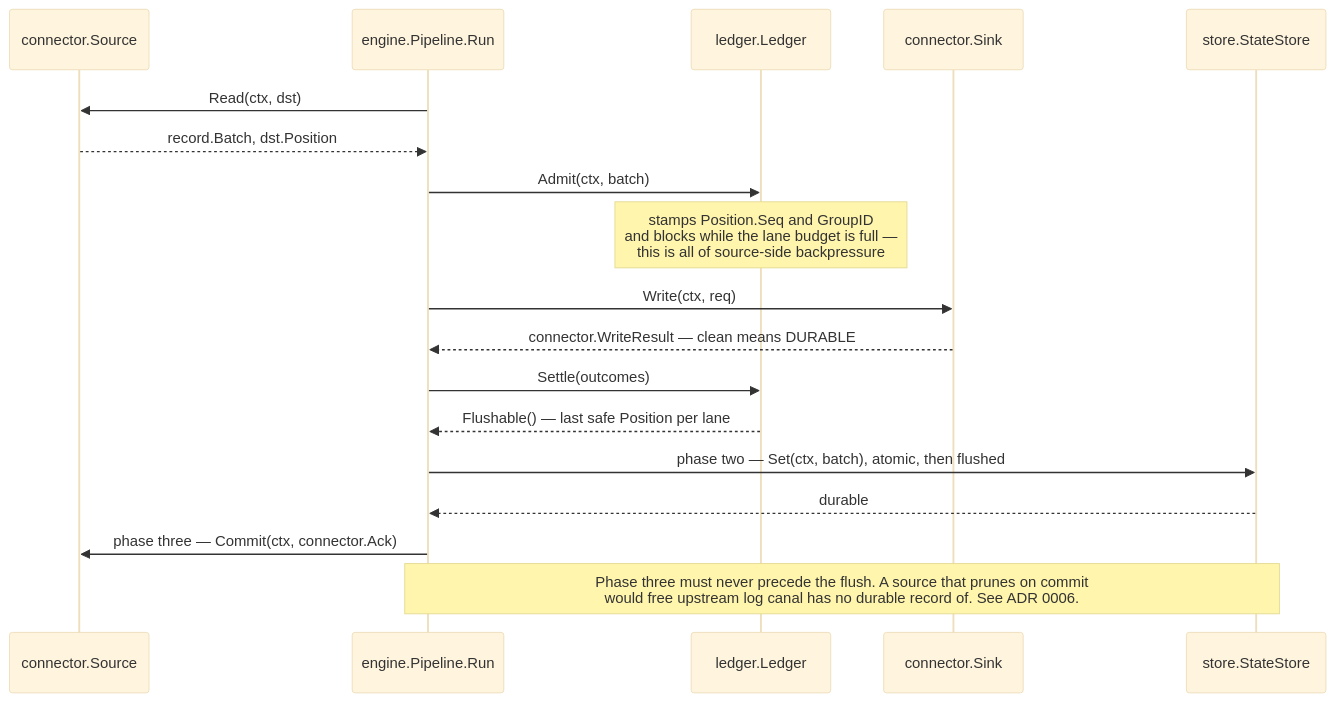
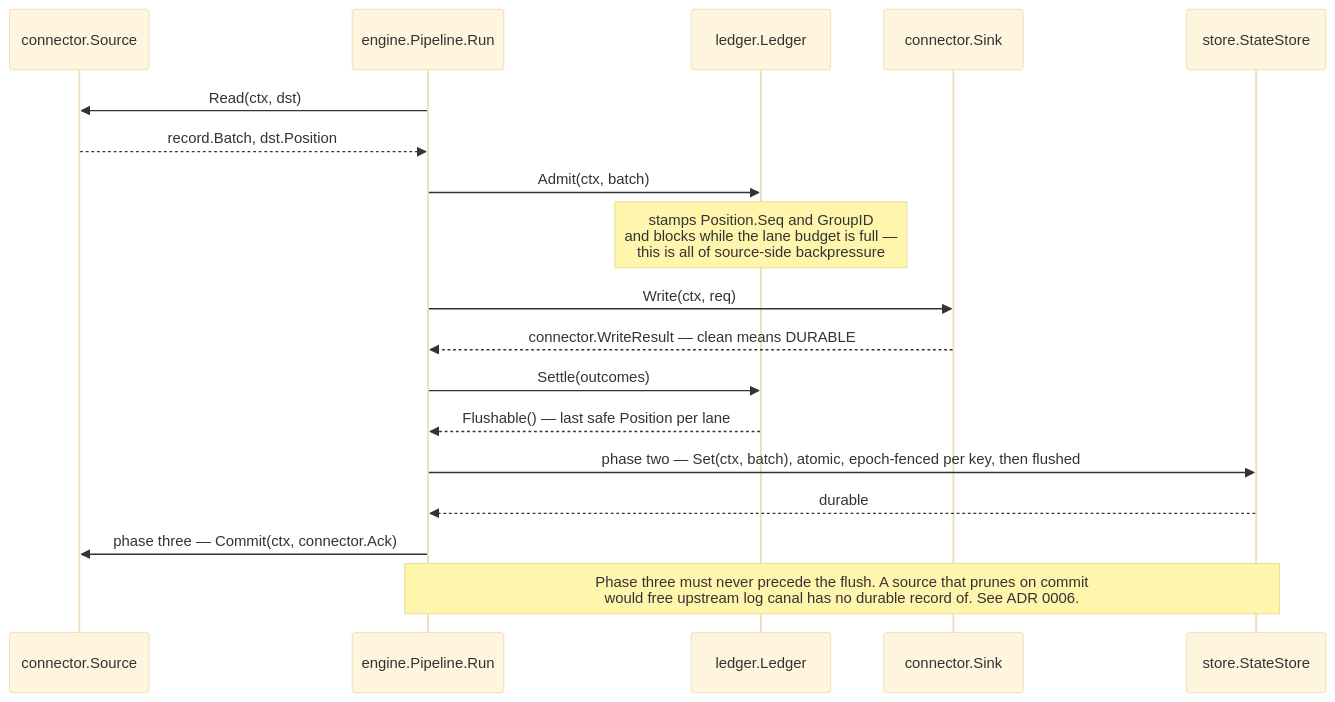
One commit to BernardoCSACarreira/canal changed the second of 3 diagrams in README.md. Above: the diagram before and after it, drawn with Mermaid (base theme). The commit also changed other lines of this file and 1 other file, not shown here.

````diff
--- a/README.md
+++ b/README.md
@@ -135,21 +140,21 @@
 ```mermaid
 sequenceDiagram
     participant Src as connector.Source
     participant Eng as engine.Pipeline.Run
     participant Led as ledger.Ledger
     participant Snk as connector.Sink
     participant St as store.StateStore
 
     Eng->>Src: Read(ctx, dst)
     Src-->>Eng: record.Batch, dst.Position
     Eng->>Led: Admit(ctx, batch)
     Note over Led: stamps Position.Seq and GroupID<br/>and blocks while the lane budget is full —<br/>this is all of source-side backpressure
     Eng->>Snk: Write(ctx, req)
     Snk-->>Eng: connector.WriteResult — clean means DURABLE
     Eng->>Led: Settle(outcomes)
     Led-->>Eng: Flushable() — last safe Position per lane
-    Eng->>St: phase two — Set(ctx, batch), atomic, then flushed
+    Eng->>St: phase two — Set(ctx, batch), atomic, epoch-fenced per key, then flushed
     St-->>Eng: durable
     Eng->>Src: phase three — Commit(ctx, connector.Ack)
     Note over Eng,St: Phase three must never precede the flush. A source that prunes on commit<br/>would free upstream log canal has no durable record of. See ADR 0006.
 ```
````
